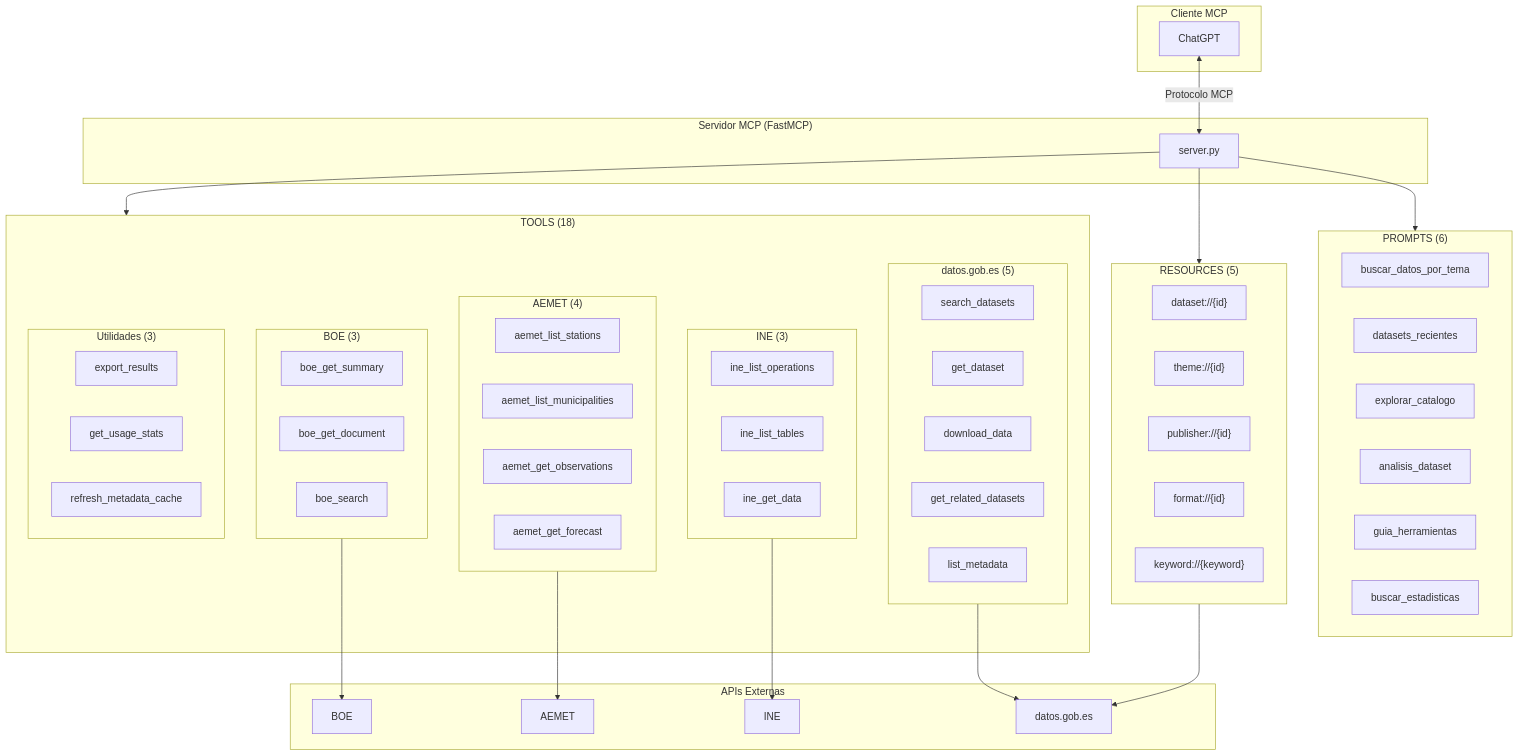
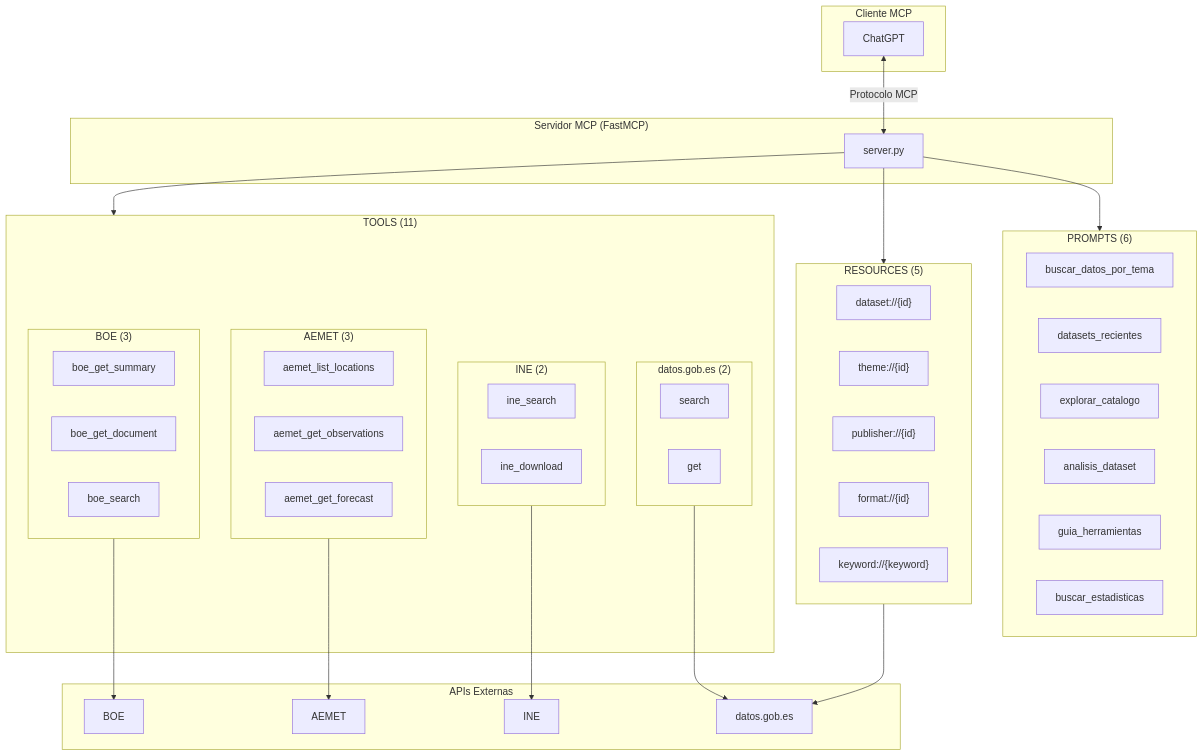
One commit to AlbertoUAH/datos-gob-es-mcp changed the diagram in README.md. Above: the diagram before and after it, drawn with Mermaid. The commit also changed other lines of this file and 10 other files, not shown here.

````diff
--- a/README.md
+++ b/README.md
@@ -106,81 +104,70 @@
 ```mermaid
 flowchart TB
     subgraph Cliente["Cliente MCP"]
         ChatGPT["ChatGPT"]
     end
 
     subgraph MCP["Servidor MCP (FastMCP)"]
         Server["server.py"]
     end
 
     ChatGPT <-->|"Protocolo MCP"| Server
 
-    subgraph Tools["TOOLS (18)"]
-        subgraph ToolsDatosGob["datos.gob.es (5)"]
-            search_datasets
-            get_dataset
-            download_data
-            get_related_datasets
-            list_metadata
+    subgraph Tools["TOOLS (11)"]
+        subgraph ToolsDatosGob["datos.gob.es (2)"]
+            search
+            get
         end
 
-        subgraph ToolsINE["INE (3)"]
-            ine_list_operations
-            ine_list_tables
-            ine_get_data
+        subgraph ToolsINE["INE (2)"]
+            ine_search
+            ine_download
         end
 
-        subgraph ToolsAEMET["AEMET (4)"]
-            aemet_list_stations
-            aemet_list_municipalities
+        subgraph ToolsAEMET["AEMET (3)"]
+            aemet_list_locations
             aemet_get_observations
             aemet_get_forecast
         end
 
         subgraph ToolsBOE["BOE (3)"]
             boe_get_summary
             boe_get_document
             boe_search
-        end
-
-        subgraph ToolsUtils["Utilidades (3)"]
-            export_results
-            get_usage_stats
-            refresh_metadata_cache
         end
     end
 
     subgraph Resources["RESOURCES (5)"]
         R1["dataset://{id}"]
         R2["theme://{id}"]
         R3["publisher://{id}"]
         R4["format://{id}"]
         R5["keyword://{keyword}"]
     end
 
     subgraph Prompts["PROMPTS (6)"]
         P1["buscar_datos_por_tema"]
         P2["datasets_recientes"]
         P3["explorar_catalogo"]
         P4["analisis_dataset"]
         P5["guia_herramientas"]
         P6["buscar_estadisticas"]
     end
 
     Server --> Tools
     Server --> Resources
     Server --> Prompts
 
     subgraph APIs["APIs Externas"]
         API1["datos.gob.es"]
         API2["INE"]
         API3["AEMET"]
         API4["BOE"]
     end
 
     ToolsDatosGob --> API1
     Resources --> API1
     ToolsINE --> API2
     ToolsAEMET --> API3
     ToolsBOE --> API4
 ```
````
